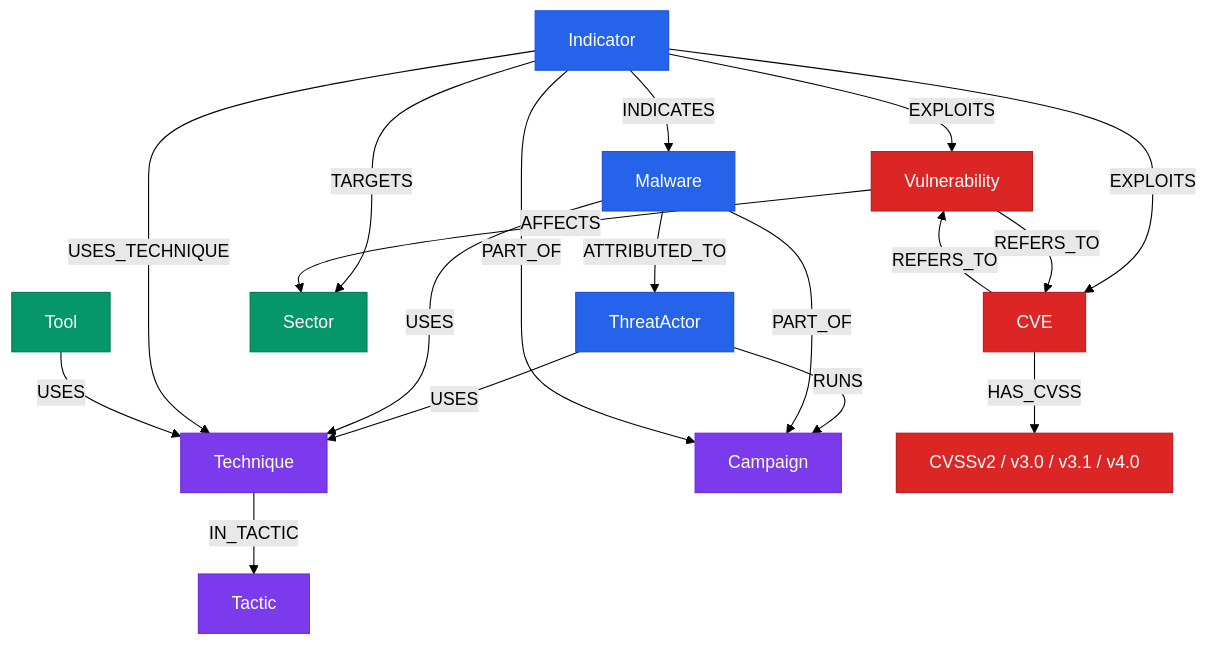
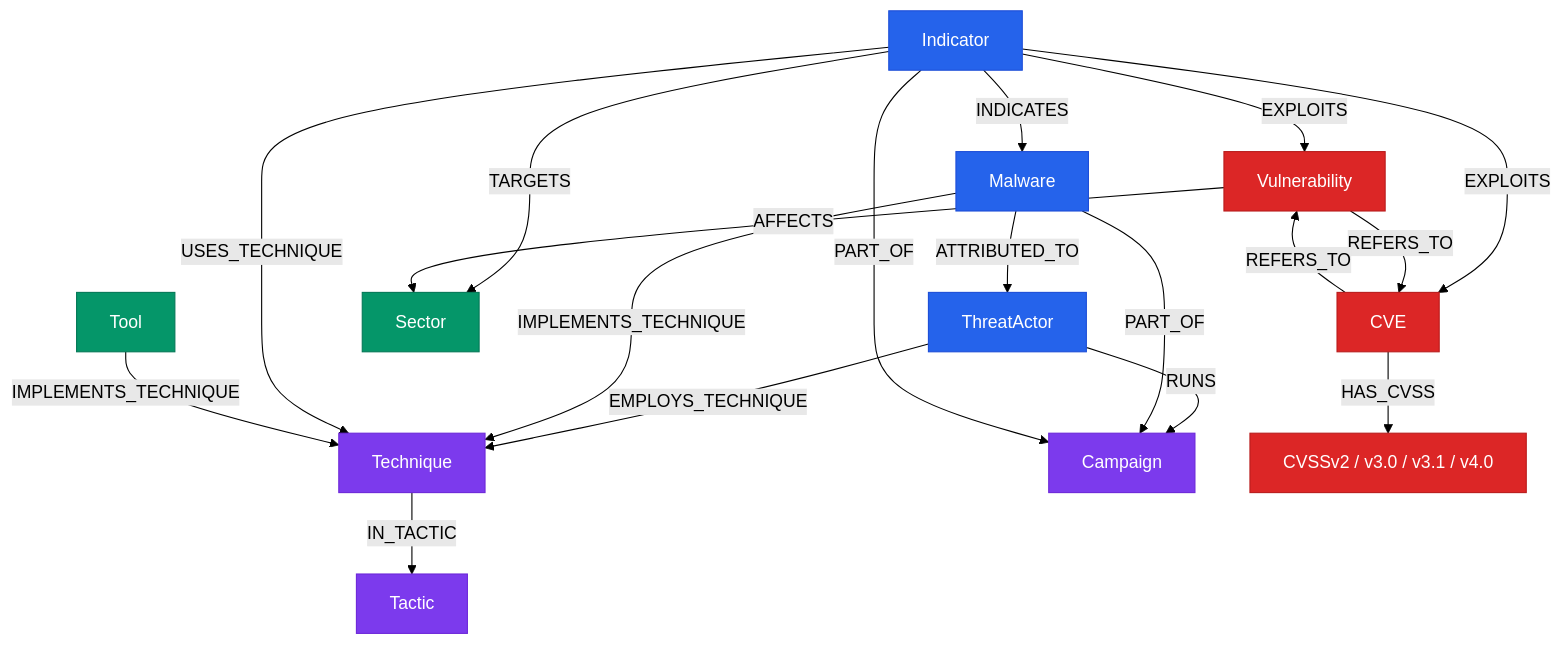
Before and after one commit to Kopanov/EdgeGuard-Knowledge-Graph: the third of 8 diagrams in docs/ARCHITECTURE_DIAGRAMS.md, drawn with Mermaid (forest theme). The commit also changed 26 other files, not shown here.

First line of the commit message:
refactor: specialize USES→Technique into EMPLOYS_TECHNIQUE + IMPLEMENTS_TECHNIQUE (#24)

````diff
--- a/docs/ARCHITECTURE_DIAGRAMS.md
+++ b/docs/ARCHITECTURE_DIAGRAMS.md
@@ -114,30 +114,36 @@
 ```mermaid
 graph TB
-    TA[ThreatActor] -->|USES| T[Technique]
+    TA[ThreatActor] -->|EMPLOYS_TECHNIQUE| T[Technique]
     TA -->|RUNS| CAMP[Campaign]
-    M[Malware] -->|USES| T
+    M[Malware] -->|IMPLEMENTS_TECHNIQUE| T
     M -->|ATTRIBUTED_TO| TA
     M -->|PART_OF| CAMP
     I[Indicator] -->|INDICATES| M
     I -->|EXPLOITS| V[Vulnerability]
     I -->|EXPLOITS| CVE[CVE]
     I -->|TARGETS| S[Sector]
     I -->|USES_TECHNIQUE| T
     I -->|PART_OF| CAMP
     V -->|AFFECTS| S
     V -->|REFERS_TO| CVE
     CVE -->|REFERS_TO| V
     CVE -->|HAS_CVSS| CVSS[CVSSv2 / v3.0 / v3.1 / v4.0]
     T -->|IN_TACTIC| TAC[Tactic]
-    TOOL[Tool] -->|USES| T
+    TOOL[Tool] -->|IMPLEMENTS_TECHNIQUE| T
+
+    %% Edge legend:
+    %%   EMPLOYS_TECHNIQUE    = attribution  (who is doing the TTP)
+    %%   IMPLEMENTS_TECHNIQUE = capability   (what the code/tool can do)
+    %%   USES_TECHNIQUE       = observation  (indicator observed tied to a TTP)
+    %% Split from a generic USES edge in the 2026-04 refactor.
 
     classDef core fill:#2563eb,stroke:#1d4ed8,color:#fff
     classDef vuln fill:#dc2626,stroke:#b91c1c,color:#fff
     classDef infra fill:#059669,stroke:#047857,color:#fff
     classDef enriched fill:#7c3aed,stroke:#6d28d9,color:#fff
 
     class TA,M,I core
     class V,CVE,CVSS vuln
     class S,TOOL infra
     class CAMP,T,TAC enriched
 ```
````
